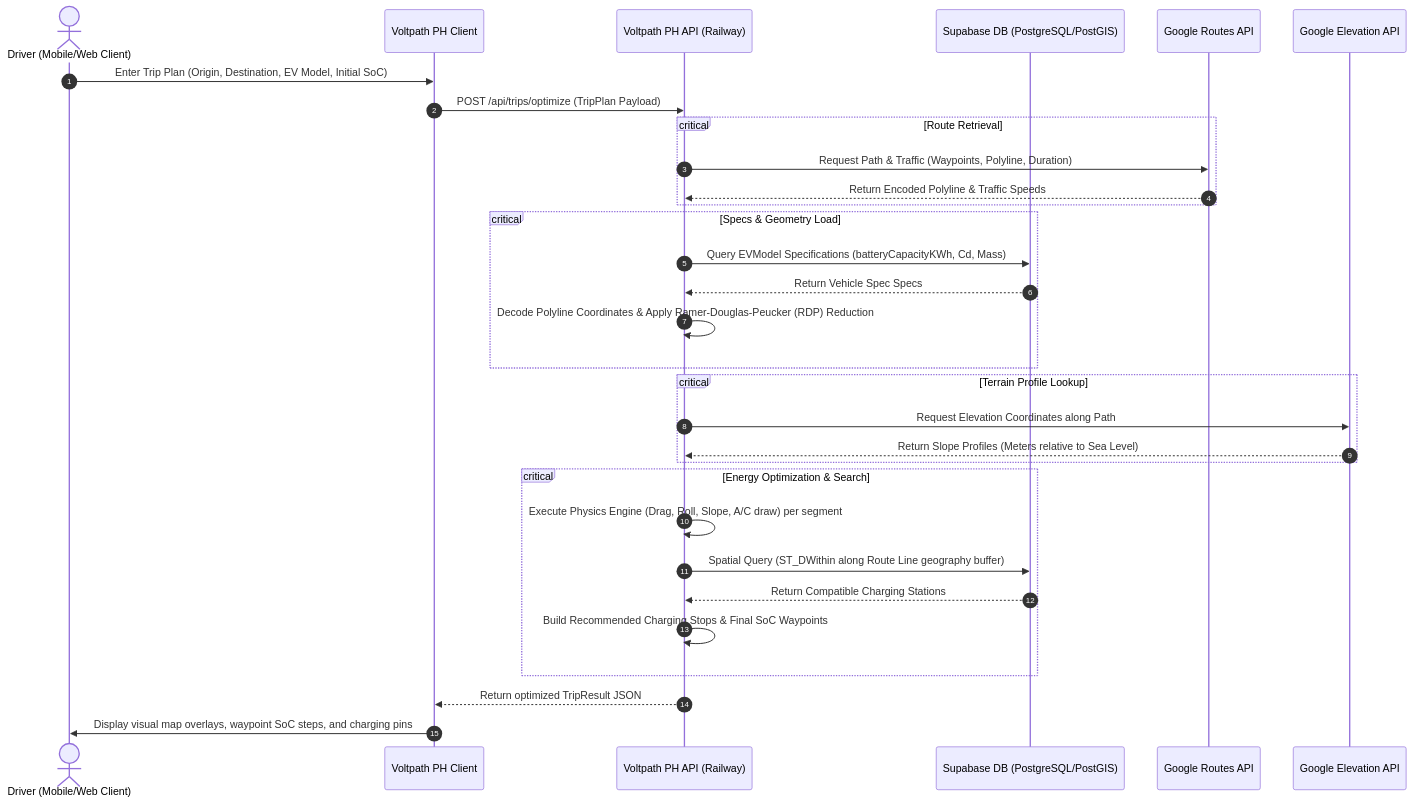
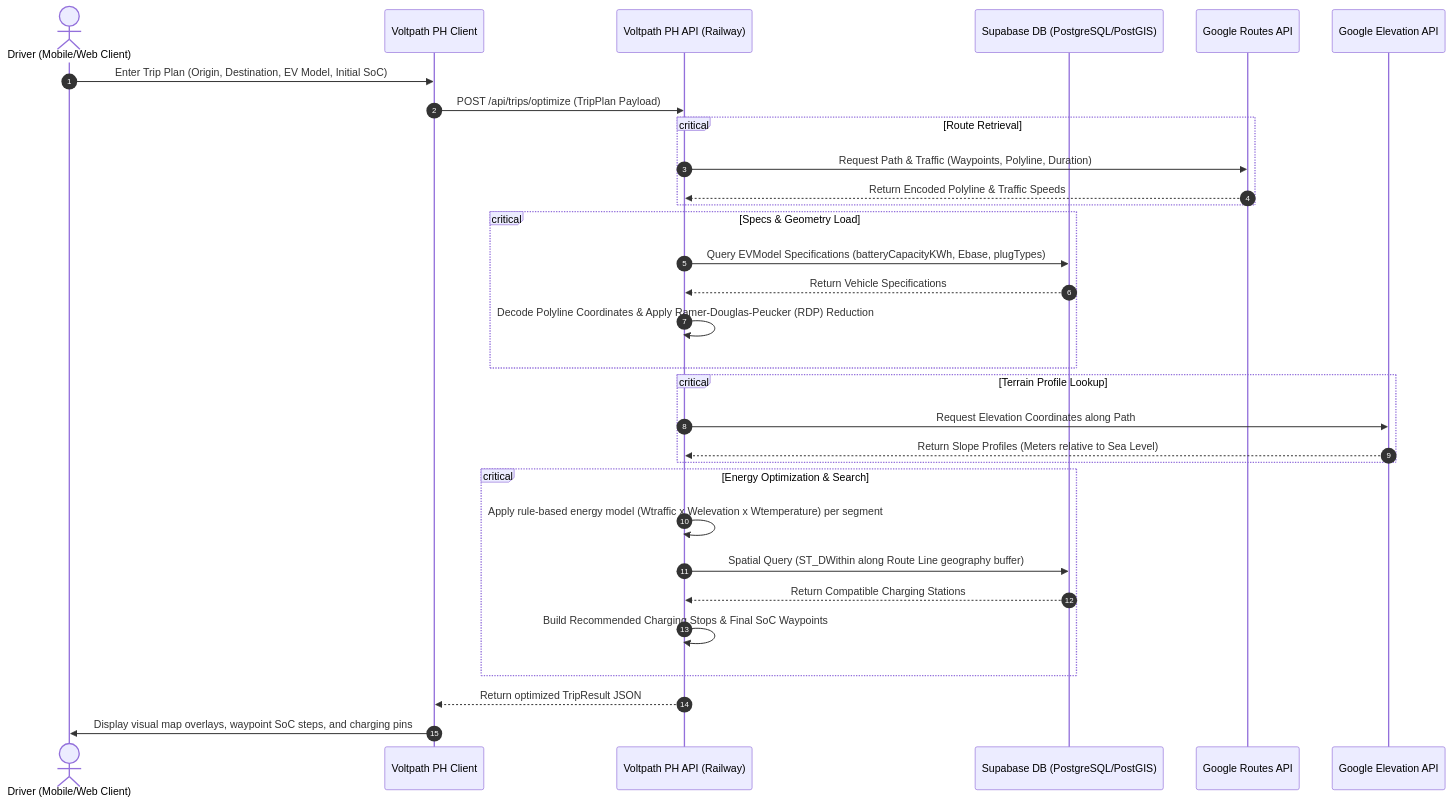
One commit to Team-Kaizen-MMDC/voltpathph changed the diagram in docs/BACKEND.md. Above: the diagram before and after it, drawn with Mermaid. The commit also changed 3 other files, not shown here.

````diff
--- a/docs/BACKEND.md
+++ b/docs/BACKEND.md
@@ -82,39 +82,39 @@
 ```mermaid
 sequenceDiagram
     autonumber
     actor U as Driver (Mobile/Web Client)
     participant FE as Voltpath PH Client
     participant API as Voltpath PH API (Railway)
     participant DB as Supabase DB (PostgreSQL/PostGIS)
     participant G_Routes as Google Routes API
     participant G_Elev as Google Elevation API
 
     U->>FE: Enter Trip Plan (Origin, Destination, EV Model, Initial SoC)
     FE->>API: POST /api/trips/optimize (TripPlan Payload)
 
     critical Route Retrieval
         API->>G_Routes: Request Path & Traffic (Waypoints, Polyline, Duration)
         G_Routes-->>API: Return Encoded Polyline & Traffic Speeds
     end
 
     critical Specs & Geometry Load
-        API->>DB: Query EVModel Specifications (batteryCapacityKWh, Cd, Mass)
-        DB-->>API: Return Vehicle Spec Specs
+        API->>DB: Query EVModel Specifications (batteryCapacityKWh, Ebase, plugTypes)
+        DB-->>API: Return Vehicle Specifications
         API->>API: Decode Polyline Coordinates & Apply Ramer-Douglas-Peucker (RDP) Reduction
     end
 
     critical Terrain Profile Lookup
         API->>G_Elev: Request Elevation Coordinates along Path
         G_Elev-->>API: Return Slope Profiles (Meters relative to Sea Level)
     end
 
     critical Energy Optimization & Search
-        API->>API: Execute Physics Engine (Drag, Roll, Slope, A/C draw) per segment
+        API->>API: Apply rule-based energy model (Wtraffic x Welevation x Wtemperature) per segment
         API->>DB: Spatial Query (ST_DWithin along Route Line geography buffer)
         DB-->>API: Return Compatible Charging Stations
         API->>API: Build Recommended Charging Stops & Final SoC Waypoints
     end
 
     API-->>FE: Return optimized TripResult JSON
     FE->>U: Display visual map overlays, waypoint SoC steps, and charging pins
 ```
````
